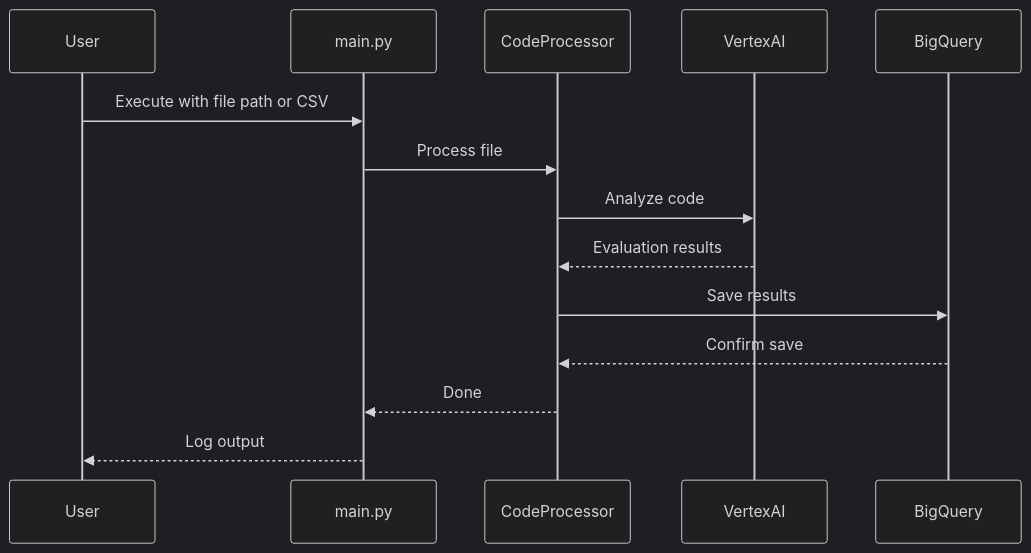
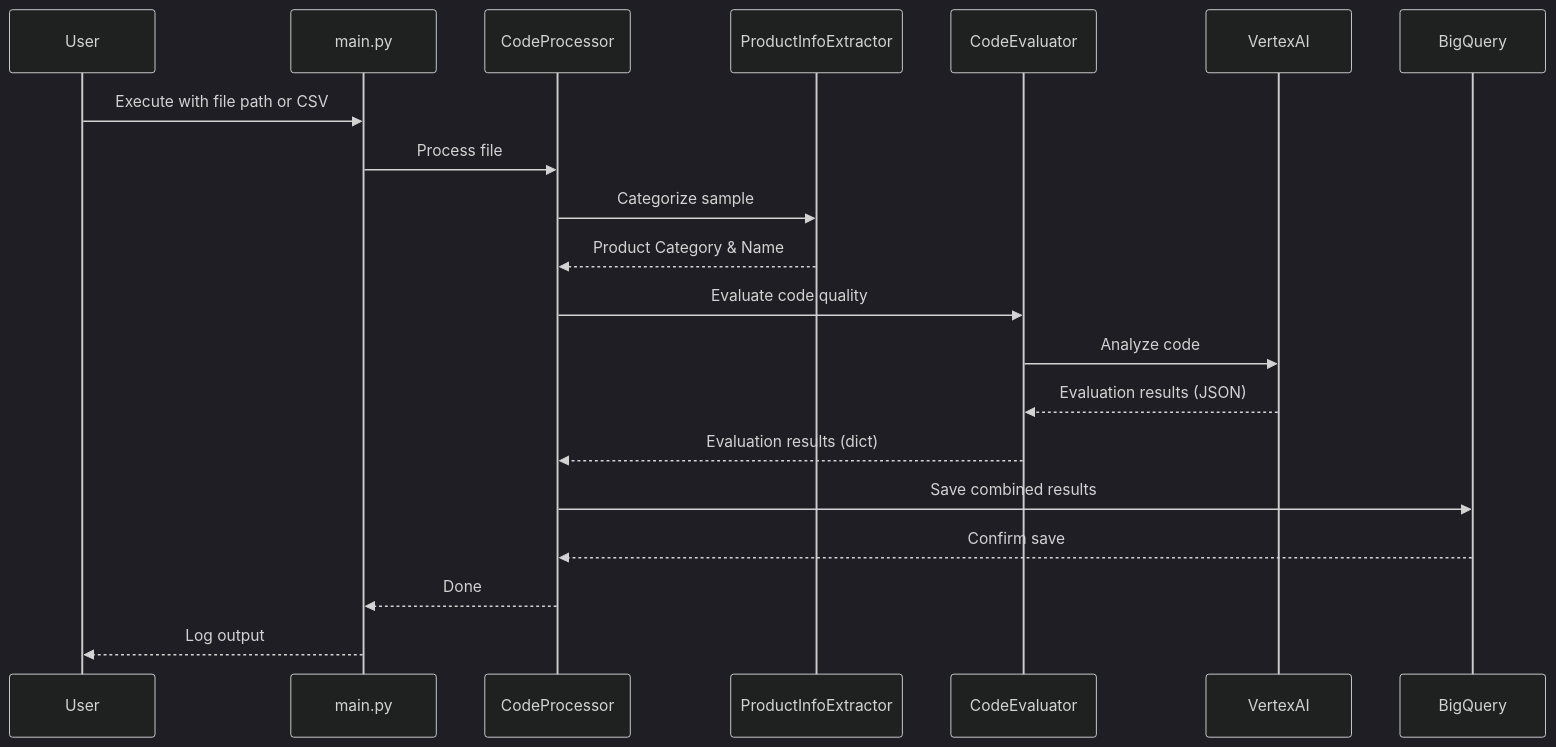
The second of 2 diagrams in docs/TECHNICAL_DESIGN.md (joeshirey/JSRepoAnalysis), drawn with Mermaid (dark theme) before and after one commit. The commit also changed other lines of this file and 4 other files, not shown here.

````diff
--- a/docs/TECHNICAL_DESIGN.md
+++ b/docs/TECHNICAL_DESIGN.md
@@ -79,17 +91,23 @@
 ```mermaid
 sequenceDiagram
     participant User
     participant main.py
     participant CodeProcessor
+    participant ProductInfoExtractor
+    participant CodeEvaluator
     participant VertexAI
     participant BigQuery
 
     User->>main.py: Execute with file path or CSV
     main.py->>CodeProcessor: Process file
-    CodeProcessor->>VertexAI: Analyze code
-    VertexAI-->>CodeProcessor: Evaluation results
-    CodeProcessor->>BigQuery: Save results
+    CodeProcessor->>ProductInfoExtractor: Categorize sample
+    ProductInfoExtractor-->>CodeProcessor: Product Category & Name
+    CodeProcessor->>CodeEvaluator: Evaluate code quality
+    CodeEvaluator->>VertexAI: Analyze code
+    VertexAI-->>CodeEvaluator: Evaluation results (JSON)
+    CodeEvaluator-->>CodeProcessor: Evaluation results (dict)
+    CodeProcessor->>BigQuery: Save combined results
     BigQuery-->>CodeProcessor: Confirm save
     CodeProcessor-->>main.py: Done
     main.py-->>User: Log output
 ```
````
